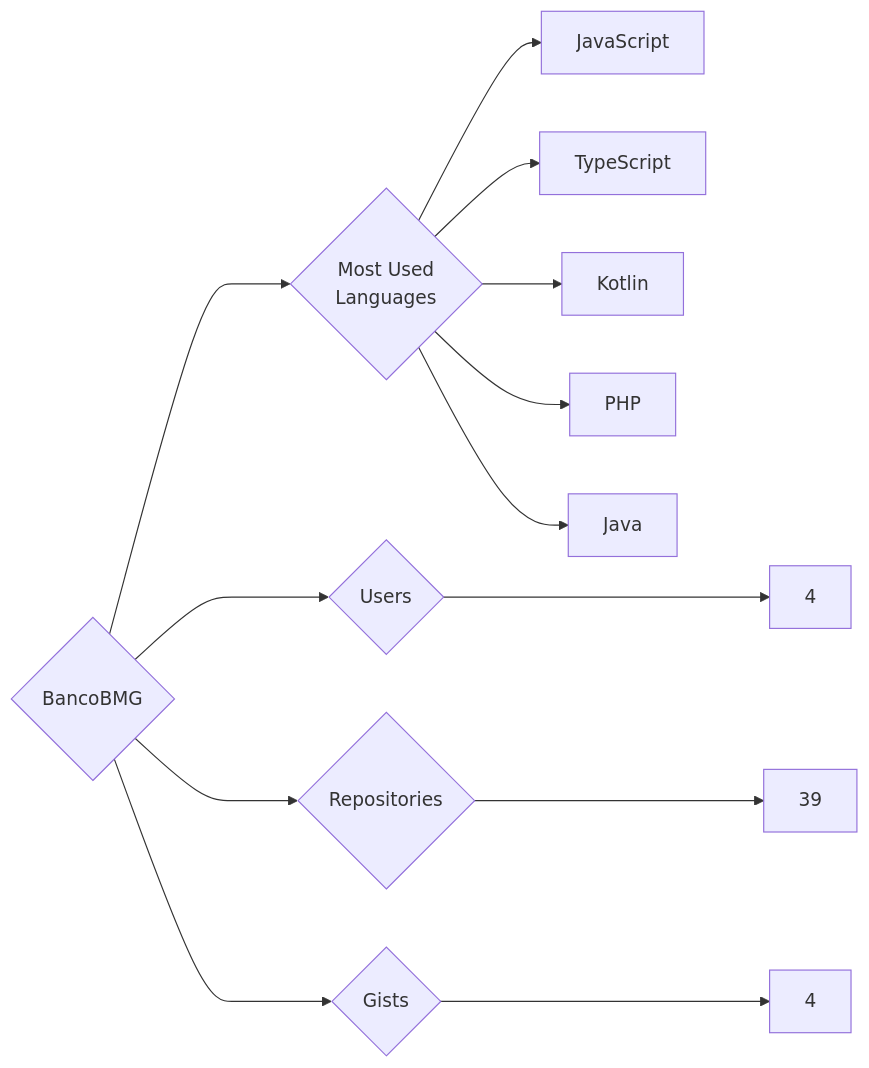
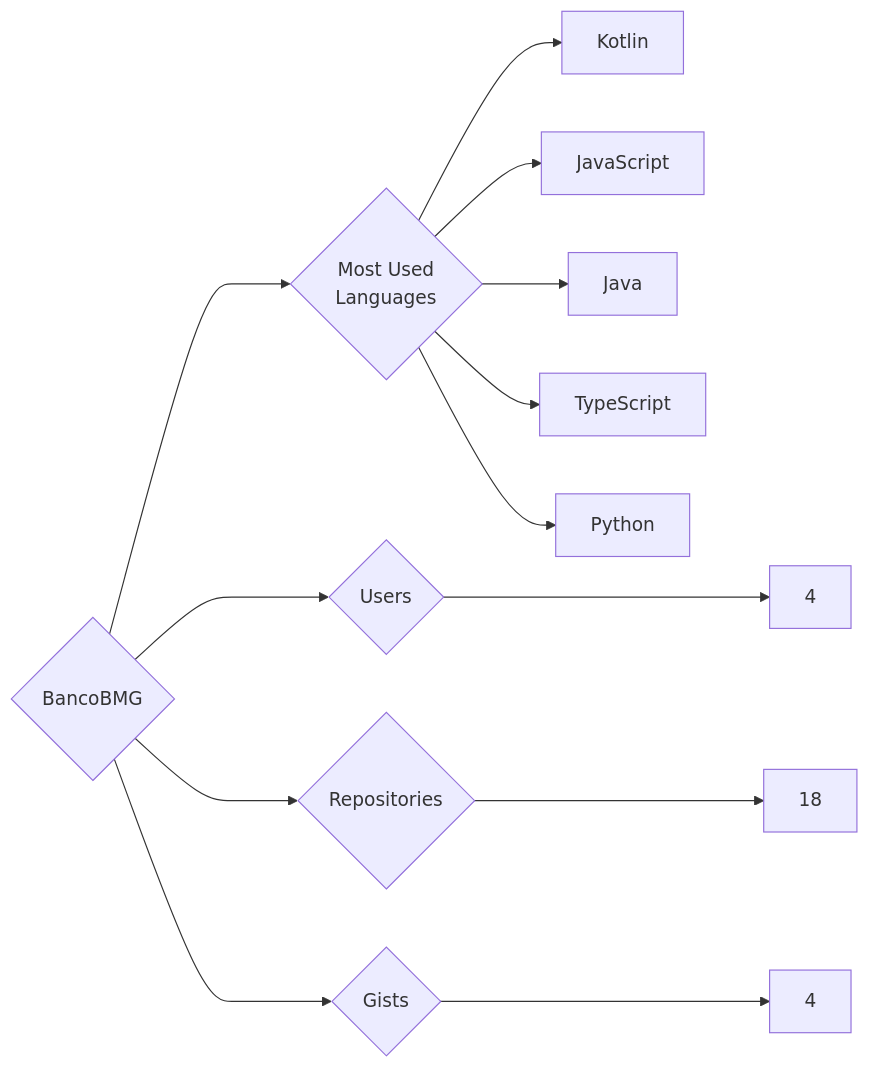
One commit to trickest/insiders changed the diagram in targets/BancoBMG/README.md. Above: the diagram before and after it, drawn with Mermaid. The commit also changed 1212 other files, not shown here.

````diff
--- a/targets/BancoBMG/README.md
+++ b/targets/BancoBMG/README.md
@@ -3,13 +3,13 @@
 ```mermaid
 graph LR
 COMPANY_NAME{BancoBMG}
 COMPANY_NAME ---> U{Users} ---> UN[4]
-COMPANY_NAME ---> R{Repositories} ---> RN[39]
+COMPANY_NAME ---> R{Repositories} ---> RN[18]
 COMPANY_NAME ---> G{Gists} ---> GN[4]
 COMPANY_NAME ---> ML{Most Used<br>Languages}
+ML --> Kotlin[Kotlin]
 ML --> JavaScript[JavaScript]
+ML --> Java[Java]
 ML --> TypeScript[TypeScript]
-ML --> Kotlin[Kotlin]
-ML --> PHP[PHP]
-ML --> Java[Java]
+ML --> Python[Python]
 ```
````
